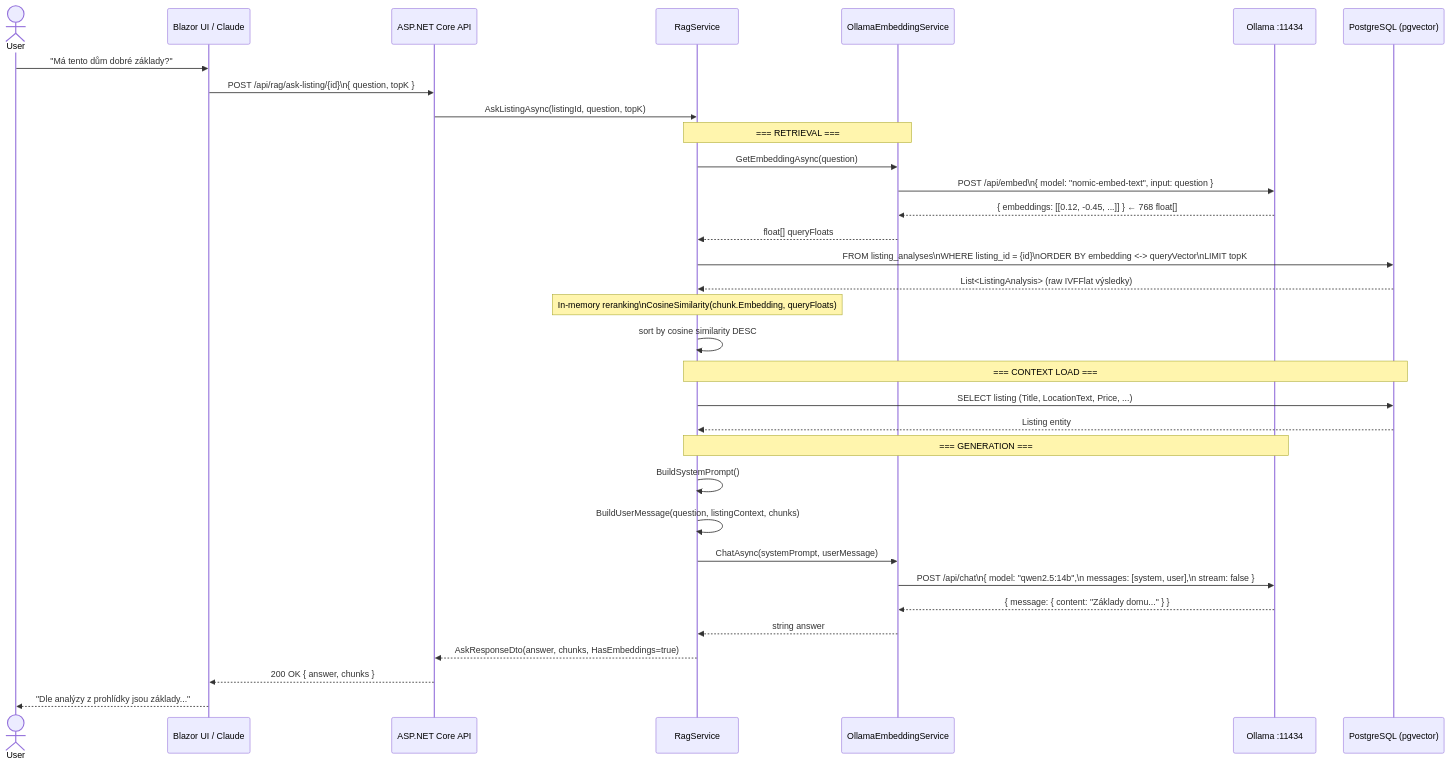
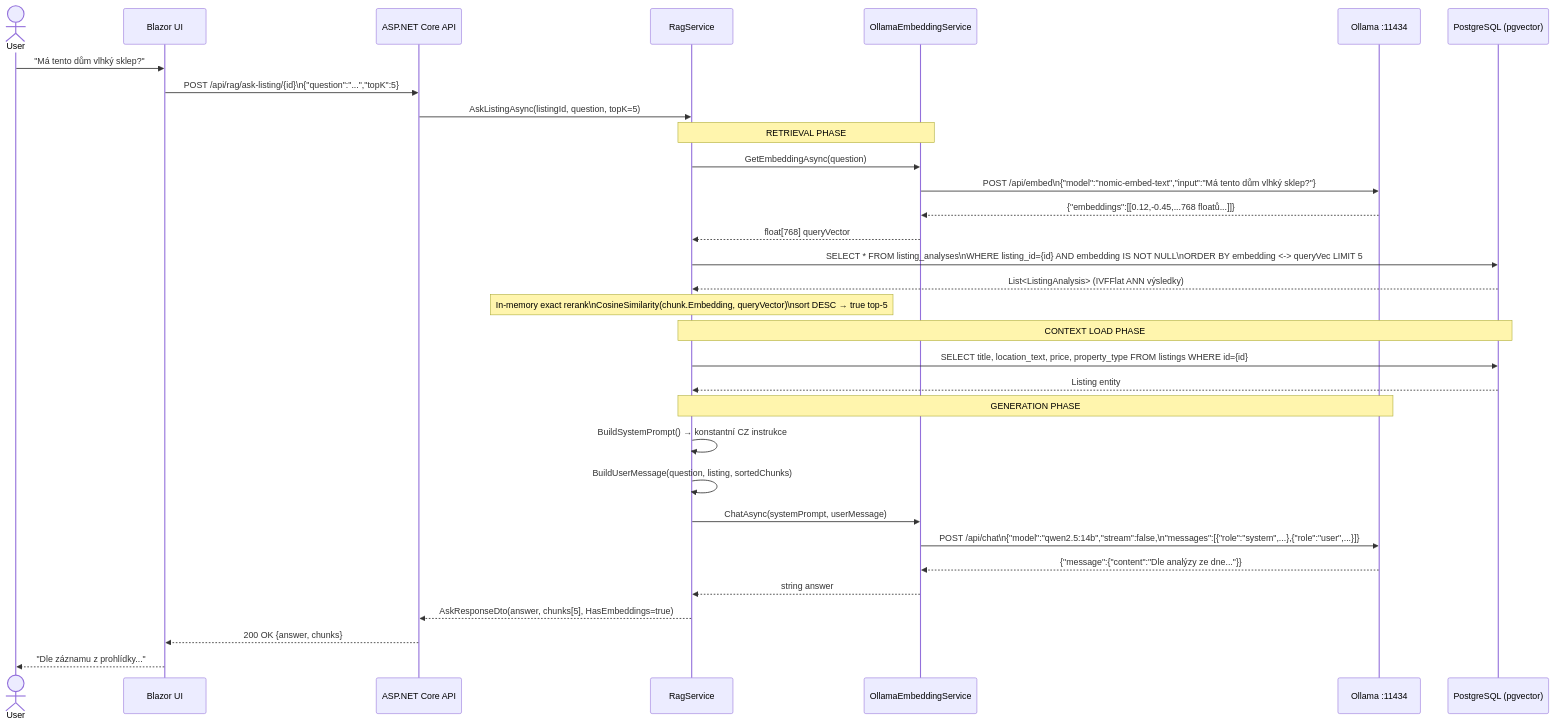
The seventh of 19 diagrams in docs/ARCHITECTURE.md (cybersmurf/RealEstateAggregator), drawn with Mermaid before and after one commit. The commit also changed other lines of this file, not shown here.

Commit message:
docs: ARCHITECTURE.md – kompletní přepis Session 19, 16 sekcí, Mermaid diagramy

````diff
--- a/docs/ARCHITECTURE.md
+++ b/docs/ARCHITECTURE.md
@@ -397,44 +502,43 @@
 ```mermaid
 sequenceDiagram
     actor User
-    participant UI as Blazor UI / Claude
+    participant UI  as Blazor UI
     participant API as ASP.NET Core API
-    participant RAG as RagService
-    participant EMB as OllamaEmbeddingService
-    participant OLLAMA as Ollama :11434
-    participant DB as PostgreSQL (pgvector)
+    participant RS  as RagService
+    participant OE  as OllamaEmbeddingService
+    participant OL  as Ollama :11434
+    participant DB  as PostgreSQL (pgvector)
 
-    User->>UI: "Má tento dům dobré základy?"
-    UI->>API: POST /api/rag/ask-listing/{id}\n{ question, topK }
+    User->>UI: "Má tento dům vlhký sklep?"
+    UI->>API: POST /api/rag/ask-listing/{id}\n{"question":"...","topK":5}
 
-    API->>RAG: AskListingAsync(listingId, question, topK)
+    API->>RS: AskListingAsync(listingId, question, topK=5)
 
-    Note over RAG,EMB: === RETRIEVAL ===
-    RAG->>EMB: GetEmbeddingAsync(question)
-    EMB->>OLLAMA: POST /api/embed\n{ model: "nomic-embed-text", input: question }
-    OLLAMA-->>EMB: { embeddings: [[0.12, -0.45, ...]] }  ← 768 float[]
-    EMB-->>RAG: float[]  queryFloats
+    Note over RS,OE: RETRIEVAL PHASE
+    RS->>OE: GetEmbeddingAsync(question)
+    OE->>OL: POST /api/embed\n{"model":"nomic-embed-text","input":"Má tento dům vlhký sklep?"}
+    OL-->>OE: {"embeddings":[[0.12,-0.45,...768 floatů...]]}
+    OE-->>RS: float[768] queryVector
 
-    RAG->>DB: FROM listing_analyses\nWHERE listing_id = {id}\nORDER BY embedding <-> queryVector\nLIMIT topK
-    DB-->>RAG: List<ListingAnalysis>  (raw IVFFlat výsledky)
+    RS->>DB: SELECT * FROM listing_analyses\nWHERE listing_id={id} AND embedding IS NOT NULL\nORDER BY embedding <-> queryVec LIMIT 5
+    DB-->>RS: List<ListingAnalysis>  (IVFFlat ANN výsledky)
 
-    Note over RAG: In-memory reranking\nCosineSimilarity(chunk.Embedding, queryFloats)
-    RAG->>RAG: sort by cosine similarity DESC
+    Note over RS: In-memory exact rerank\nCosineSimilarity(chunk.Embedding, queryVector)\nsort DESC → true top-5
 
-    Note over RAG,DB: === CONTEXT LOAD ===
-    RAG->>DB: SELECT listing (Title, LocationText, Price, ...)
-    DB-->>RAG: Listing entity
+    Note over RS,DB: CONTEXT LOAD PHASE
+    RS->>DB: SELECT title, location_text, price, property_type FROM listings WHERE id={id}
+    DB-->>RS: Listing entity
 
-    Note over RAG,OLLAMA: === GENERATION ===
-    RAG->>RAG: BuildSystemPrompt()
-    RAG->>RAG: BuildUserMessage(question, listingContext, chunks)
+    Note over RS,OL: GENERATION PHASE
+    RS->>RS: BuildSystemPrompt() → konstantní CZ instrukce
+    RS->>RS: BuildUserMessage(question, listing, sortedChunks)
 
-    RAG->>EMB: ChatAsync(systemPrompt, userMessage)
-    EMB->>OLLAMA: POST /api/chat\n{ model: "qwen2.5:14b",\n  messages: [system, user],\n  stream: false }
-    OLLAMA-->>EMB: { message: { content: "Základy domu..." } }
-    EMB-->>RAG: string answer
+    RS->>OE: ChatAsync(systemPrompt, userMessage)
+    OE->>OL: POST /api/chat\n{"model":"qwen2.5:14b","stream":false,\n"messages":[{"role":"system",...},{"role":"user",...}]}
+    OL-->>OE: {"message":{"content":"Dle analýzy ze dne..."}}
+    OE-->>RS: string answer
 
-    RAG-->>API: AskResponseDto(answer, chunks, HasEmbeddings=true)
-    API-->>UI: 200 OK { answer, chunks }
-    UI-->>User: "Dle analýzy z prohlídky jsou základy..."
+    RS-->>API: AskResponseDto(answer, chunks[5], HasEmbeddings=true)
+    API-->>UI: 200 OK  {answer, chunks}
+    UI-->>User: "Dle záznamu z prohlídky..."
 ```
````
